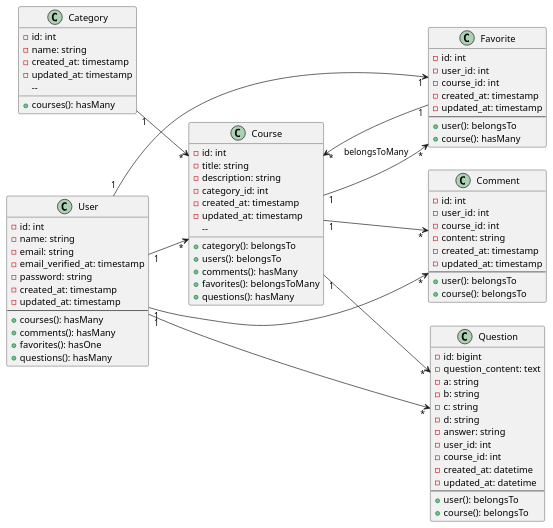
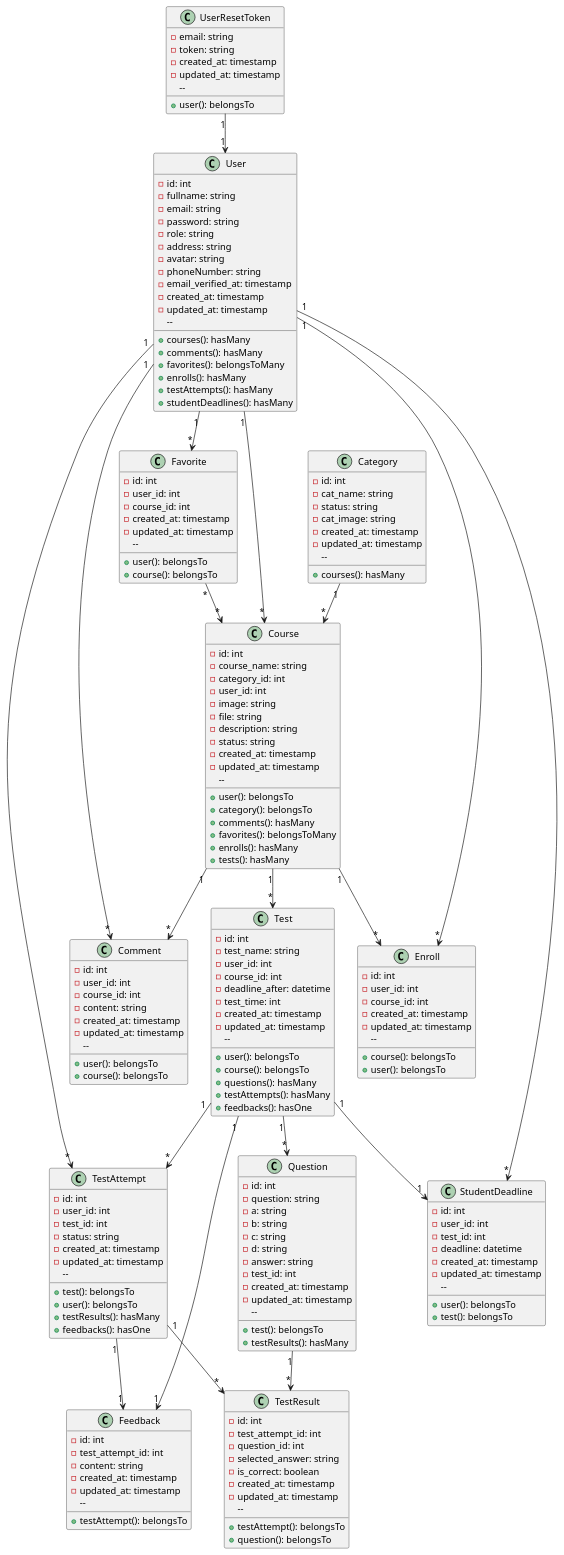
One commit to LyThanhHao/Final_Project changed the diagram in classDiagram.puml. Above: the diagram before and after it, drawn with PlantUML. The commit also changed 68 other files, not shown here.

```diff
--- a/classDiagram.puml
+++ b/classDiagram.puml
@@ -1,10 +1,34 @@
 @startuml
 
-left to right direction
+top to bottom direction
+
+' Các lớp
+class StudentDeadline {
+  -id: int
+  -user_id: int
+  -test_id: int
+  -deadline: datetime
+  -created_at: timestamp
+  -updated_at: timestamp
+  -- 
+  +user(): belongsTo
+  +test(): belongsTo
+}
+
+class UserResetToken {
+  -email: string
+  -token: string
+  -created_at: timestamp
+  -updated_at: timestamp
+  -- 
+  +user(): belongsTo
+}
 
 class Category {
   -id: int
-  -name: string
+  -cat_name: string
+  -status: string
+  -cat_image: string
   -created_at: timestamp
   -updated_at: timestamp
   -- 
@@ -13,32 +37,22 @@
 
 class Course {
   -id: int
-  -title: string
+  -course_name: string
+  -category_id: int
+  -user_id: int
+  -image: string
+  -file: string
   -description: string
-  -category_id: int
+  -status: string
   -created_at: timestamp
   -updated_at: timestamp
   -- 
+  +user(): belongsTo
   +category(): belongsTo
-  +users(): belongsTo
   +comments(): hasMany
   +favorites(): belongsToMany
-  +questions(): hasMany
-}
-
-class User {
-  -id: int
-  -name: string
-  -email: string
-  -email_verified_at: timestamp
-  -password: string
-  -created_at: timestamp
-  -updated_at: timestamp
-  --
-  +courses(): hasMany
-  +comments(): hasMany
-  +favorites(): hasOne
-  +questions(): hasMany
+  +enrolls(): hasMany
+  +tests(): hasMany
 }
 
 class Comment {
@@ -48,7 +62,7 @@
   -content: string
   -created_at: timestamp
   -updated_at: timestamp
-  --
+  -- 
   +user(): belongsTo
   +course(): belongsTo
 }
@@ -59,36 +73,132 @@
   -course_id: int
   -created_at: timestamp
   -updated_at: timestamp
-  --
+  -- 
   +user(): belongsTo
-  +course(): hasMany
+  +course(): belongsTo
+}
+
+class Enroll {
+  -id: int
+  -user_id: int
+  -course_id: int
+  -created_at: timestamp
+  -updated_at: timestamp
+  -- 
+  +course(): belongsTo
+  +user(): belongsTo
+}
+
+class Test {
+  -id: int
+  -test_name: string
+  -user_id: int
+  -course_id: int
+  -deadline_after: datetime
+  -test_time: int
+  -created_at: timestamp
+  -updated_at: timestamp
+  -- 
+  +user(): belongsTo
+  +course(): belongsTo
+  +questions(): hasMany
+  +testAttempts(): hasMany
+  +feedbacks(): hasOne
+}
+
+class Feedback {
+  -id: int
+  -test_attempt_id: int
+  -content: string
+  -created_at: timestamp
+  -updated_at: timestamp
+  -- 
+  +testAttempt(): belongsTo
 }
 
 class Question {
-    -id: bigint
-    -question_content: text
-    -a: string
-    -b: string
-    -c: string
-    -d: string
-    -answer: string
-    -user_id: int
-    -course_id: int
-    -created_at: datetime
-    -updated_at: datetime
-    --
-    +user(): belongsTo
-    +course(): belongsTo
+  -id: int
+  -question: string
+  -a: string
+  -b: string
+  -c: string
+  -d: string
+  -answer: string
+  -test_id: int
+  -created_at: timestamp
+  -updated_at: timestamp
+  -- 
+  +test(): belongsTo
+  +testResults(): hasMany
 }
 
-Category "1" --> "*" Course 
+class TestAttempt {
+  -id: int
+  -user_id: int
+  -test_id: int
+  -status: string
+  -created_at: timestamp
+  -updated_at: timestamp
+  -- 
+  +test(): belongsTo
+  +user(): belongsTo
+  +testResults(): hasMany
+  +feedbacks(): hasOne
+}
+
+class User {
+  -id: int
+  -fullname: string
+  -email: string
+  -password: string
+  -role: string
+  -address: string
+  -avatar: string
+  -phoneNumber: string
+  -email_verified_at: timestamp
+  -created_at: timestamp
+  -updated_at: timestamp
+  -- 
+  +courses(): hasMany
+  +comments(): hasMany
+  +favorites(): belongsToMany
+  +enrolls(): hasMany
+  +testAttempts(): hasMany
+  +studentDeadlines(): hasMany
+}
+
+class TestResult {
+  -id: int
+  -test_attempt_id: int
+  -question_id: int
+  -selected_answer: string
+  -is_correct: boolean
+  -created_at: timestamp
+  -updated_at: timestamp
+  -- 
+  +testAttempt(): belongsTo
+  +question(): belongsTo
+}
+
+' Mối quan hệ giữa các lớp
+Category "1" --> "*" Course
 User "1" --> "*" Course
-Course "1" --> "*" Favorite : "belongsToMany"
-Favorite "1" --> "*" Course
-Course "1" --> "*" Question
 User "1" --> "*" Comment
+User "1" --> "*" TestAttempt
+User "1" --> "*" Enroll
+User "1" --> "*" StudentDeadline
 Course "1" --> "*" Comment
-User "1" --> "1" Favorite
-User "1" --> "*" Question
+Course "1" --> "*" Test
+Course "1" --> "*" Enroll
+Favorite "*" --> "*" Course
+User "1" --> "*" Favorite
+Test "1" --> "*" TestAttempt
+Test "1" --> "*" Question
+Test "1" --> "1" Feedback
+TestAttempt "1" --> "*" TestResult
+TestAttempt "1" --> "1" Feedback
+Question "1" --> "*" TestResult
+UserResetToken "1" --> "1" User
+Test "1" --> "1" StudentDeadline
 
 @enduml
```
